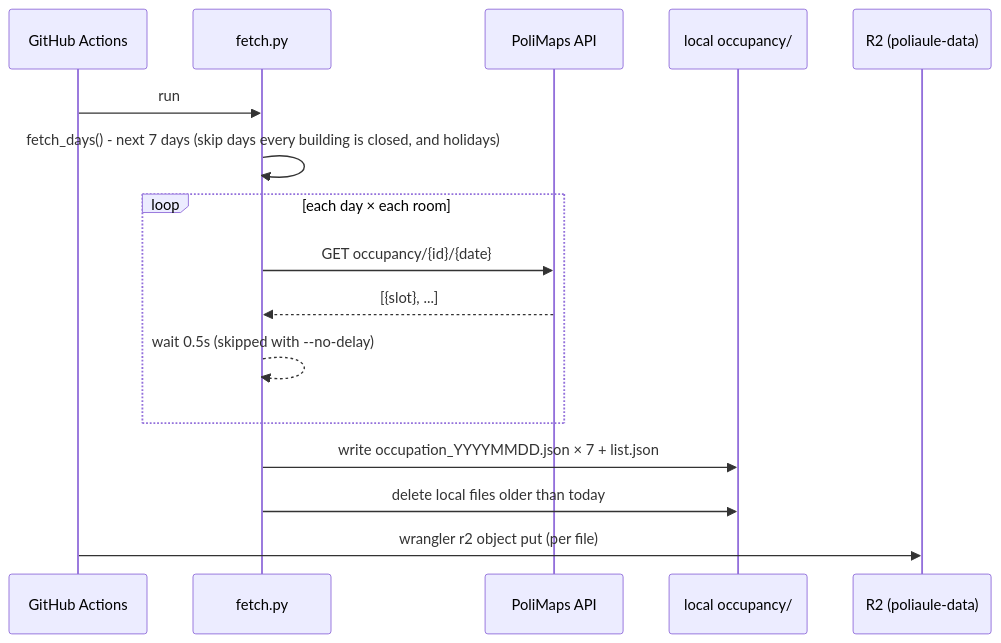
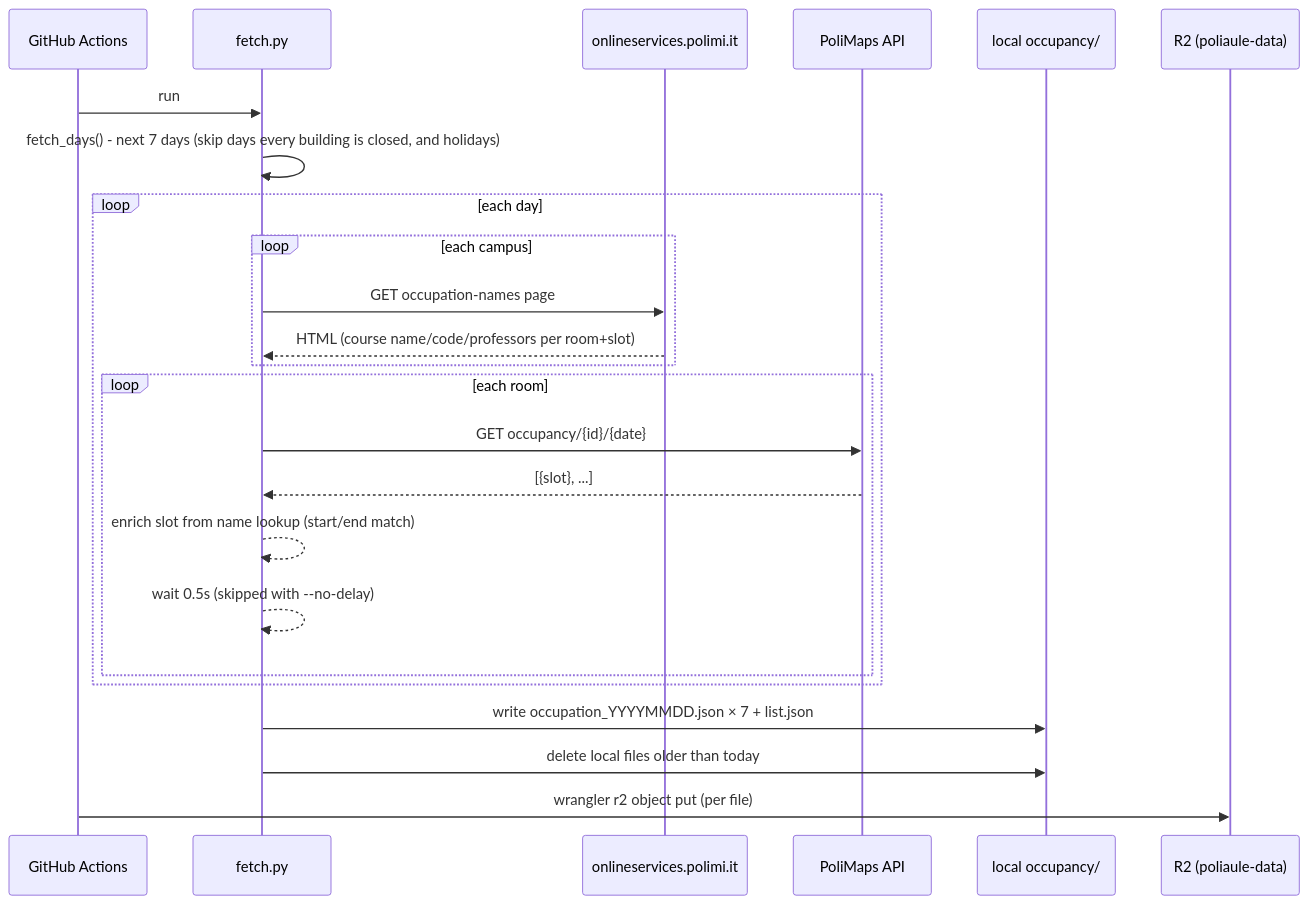
One commit to SummaCristian/PoliAule changed the second of 4 diagrams in docs/architecture.md. Above: the diagram before and after it, drawn with Mermaid. The commit also changed other lines of this file and 1 other file, not shown here.

````diff
--- a/docs/architecture.md
+++ b/docs/architecture.md
@@ -61,19 +62,27 @@
 ```mermaid
 sequenceDiagram
     participant GHA as GitHub Actions
     participant PY as fetch.py
+    participant NAMES as onlineservices.polimi.it
     participant API as PoliMaps API
     participant FS as local occupancy/
     participant R2 as R2 (poliaule-data)
 
     GHA->>PY: run
     PY->>PY: fetch_days() - next 7 days (skip days every building is closed, and holidays)
-    loop each day × each room
-        PY->>API: GET occupancy/{id}/{date}
-        API-->>PY: [{slot}, ...]
-        PY-->>PY: wait 0.5s (skipped with --no-delay)
+    loop each day
+        loop each campus
+            PY->>NAMES: GET occupation-names page
+            NAMES-->>PY: HTML (course name/code/professors per room+slot)
+        end
+        loop each room
+            PY->>API: GET occupancy/{id}/{date}
+            API-->>PY: [{slot}, ...]
+            PY-->>PY: enrich slot from name lookup (start/end match)
+            PY-->>PY: wait 0.5s (skipped with --no-delay)
+        end
     end
     PY->>FS: write occupation_YYYYMMDD.json × 7 + list.json
     PY->>FS: delete local files older than today
     GHA->>R2: wrangler r2 object put (per file)
 ```
````
